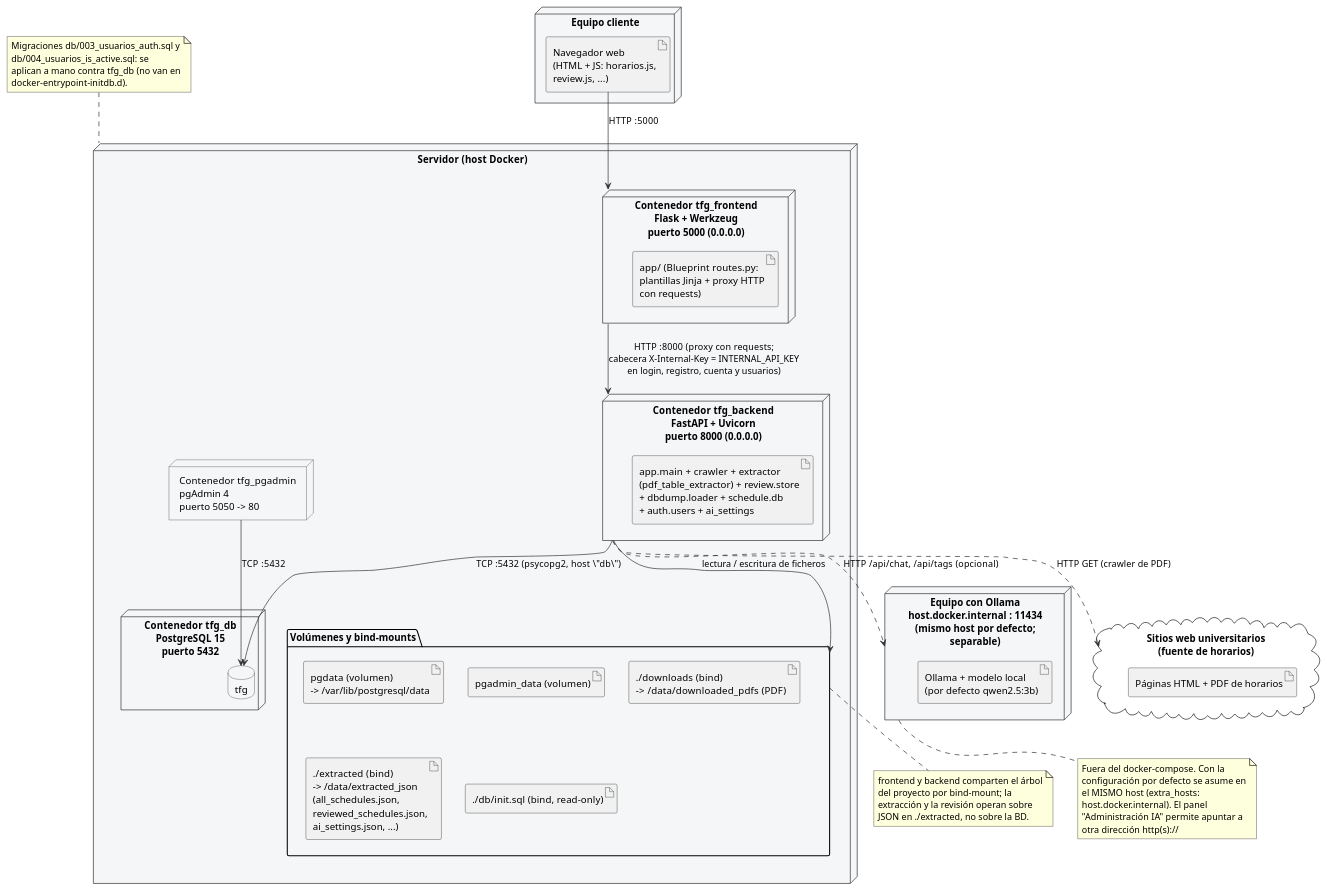
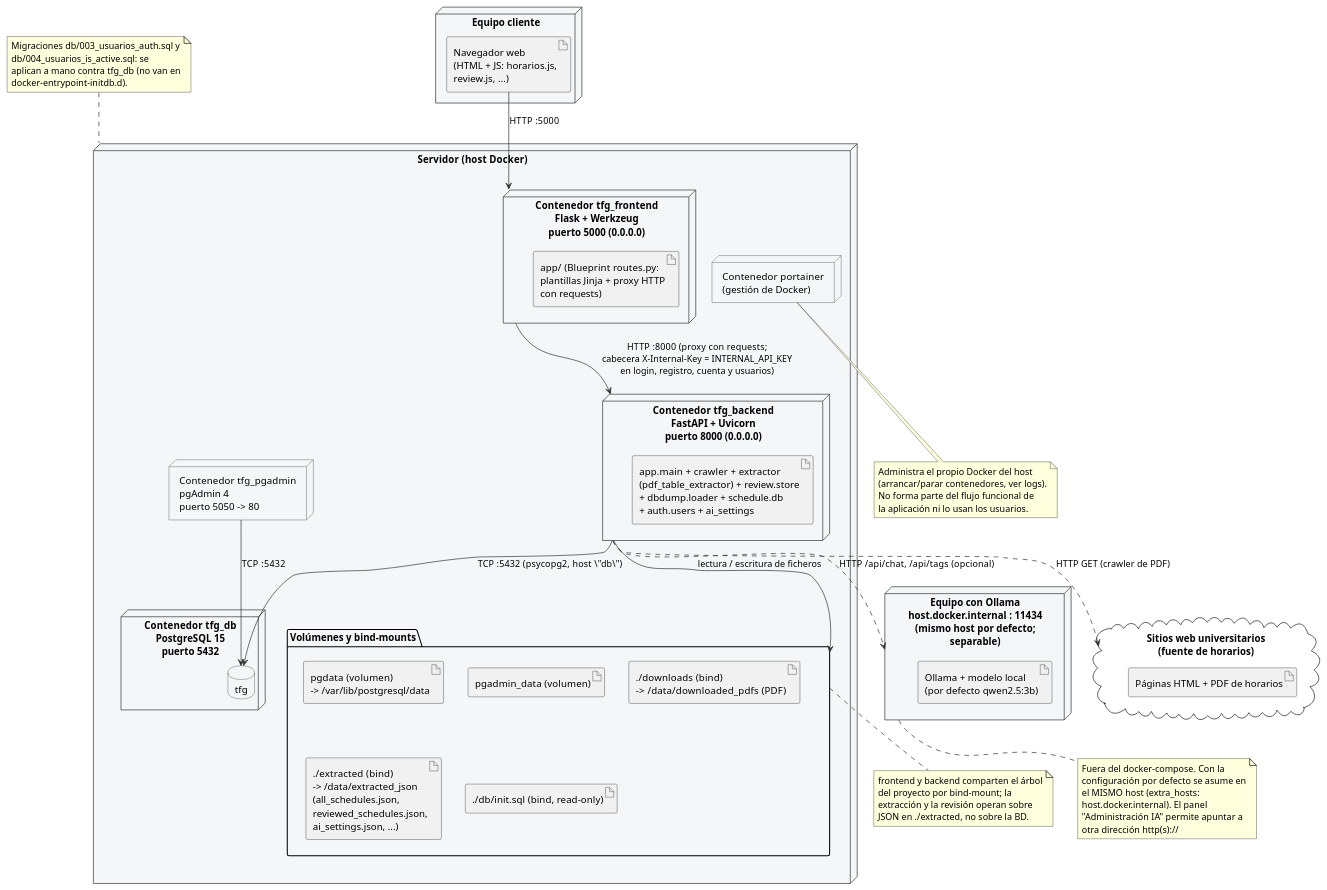
One commit to rauldelolmoalcocer/TFG_SISTEMA-DE-EXTRACCION-Y-VERIFICACION-DE-HORARIOS-UNIVERSITARIOS-PARA-MOVILIDAD-INTERNACIONAL changed the diagram in docs/uml/despliegue.puml. Above: the diagram before and after it, drawn with PlantUML. The commit also changed 169 other files, not shown here.

```diff
--- a/docs/uml/despliegue.puml
+++ b/docs/uml/despliegue.puml
@@ -1,94 +1,103 @@
 @startuml despliegue
 ' ============================================================================
 '  Diagrama de despliegue - arquitectura real del proyecto.
 '  Reconstruido de: docker-compose.yml, backend-fastapi/Dockerfile,
 '  frontend-flask/Dockerfile, frontend-flask/run.py,
 '  backend-fastapi/app/main.py (get_connection, INTERNAL_API_KEY,
 '  OLLAMA_HOST, EXTRACT_FOLDER, DOWNLOAD_FOLDER), crawler/crawler.py,
 '  ai_settings.py.  No se inventan IP concretas.
 ' ============================================================================
 
 skinparam shadowing false
 skinparam backgroundColor white
 skinparam handwritten false
 skinparam monochrome false
 skinparam ArrowColor #333333
 skinparam node {
   BackgroundColor #F4F6F8
   BorderColor #333333
 }
 skinparam database {
   BackgroundColor #F4F6F8
   BorderColor #333333
 }
 
 node "Equipo cliente" as PCU {
   artifact "Navegador web\n(HTML + JS: horarios.js,\nreview.js, ...)" as Browser
 }
 
 node "Servidor  (host Docker)" as HOST {
 
   node "Contenedor  tfg_frontend\nFlask + Werkzeug\npuerto 5000 (0.0.0.0)" as FRONT {
     artifact "app/  (Blueprint routes.py:\nplantillas Jinja + proxy HTTP\ncon requests)"
   }
 
   node "Contenedor  tfg_backend\nFastAPI + Uvicorn\npuerto 8000 (0.0.0.0)" as BACK {
     artifact "app.main  + crawler + extractor\n(pdf_table_extractor) + review.store\n+ dbdump.loader + schedule.db\n+ auth.users + ai_settings"
   }
 
   node "Contenedor  tfg_db\nPostgreSQL 15\npuerto 5432" as DBN {
     database "tfg" as PG
   }
 
   node "Contenedor  tfg_pgadmin\npgAdmin 4\npuerto 5050 -> 80" as PGADMIN
 
+  node "Contenedor  portainer\n(gestión de Docker)" as PORTAINER
+
   folder "Volúmenes y bind-mounts" as VOL {
     artifact "pgdata  (volumen)\n-> /var/lib/postgresql/data"
     artifact "pgadmin_data  (volumen)"
     artifact "./downloads  (bind)\n-> /data/downloaded_pdfs   (PDF)"
     artifact "./extracted  (bind)\n-> /data/extracted_json\n(all_schedules.json,\nreviewed_schedules.json,\nai_settings.json, ...)"
     artifact "./db/init.sql  (bind, read-only)"
   }
 }
 
 node "Equipo con Ollama\nhost.docker.internal : 11434\n(mismo host por defecto;\nseparable)" as OLLAMA_NODE {
   artifact "Ollama + modelo local\n(por defecto qwen2.5:3b)"
 }
 
 cloud "Sitios web universitarios\n(fuente de horarios)" as WEB {
   artifact "Páginas HTML + PDF de horarios"
 }
 
 ' --- Comunicaciones ---------------------------------------------------------
 Browser  --> FRONT        : HTTP  :5000
 FRONT    --> BACK         : HTTP  :8000  (proxy con requests;\ncabecera X-Internal-Key = INTERNAL_API_KEY\nen login, registro, cuenta y usuarios)
 BACK     --> PG           : TCP  :5432  (psycopg2, host \"db\")
 PGADMIN  --> PG           : TCP  :5432
 BACK     ..> OLLAMA_NODE  : HTTP  /api/chat, /api/tags   (opcional)
 BACK     ..> WEB          : HTTP GET  (crawler de PDF)
 BACK     --> VOL          : lectura / escritura de ficheros
 
 note bottom of OLLAMA_NODE
   Fuera del docker-compose. Con la
   configuración por defecto se asume en
   el MISMO host (extra_hosts:
   host.docker.internal). El panel
   "Administración IA" permite apuntar a
   otra dirección http(s)://
 end note
 
 note bottom of VOL
   frontend y backend comparten el árbol
   del proyecto por bind-mount; la
   extracción y la revisión operan sobre
   JSON en ./extracted, no sobre la BD.
 end note
 
+note bottom of PORTAINER
+  Administra el propio Docker del host
+  (arrancar/parar contenedores, ver logs).
+  No forma parte del flujo funcional de
+  la aplicación ni lo usan los usuarios.
+end note
+
 note top of HOST
   Migraciones db/003_usuarios_auth.sql y
   db/004_usuarios_is_active.sql: se
   aplican a mano contra tfg_db (no van en
   docker-entrypoint-initdb.d).
 end note
 
 @enduml
```
